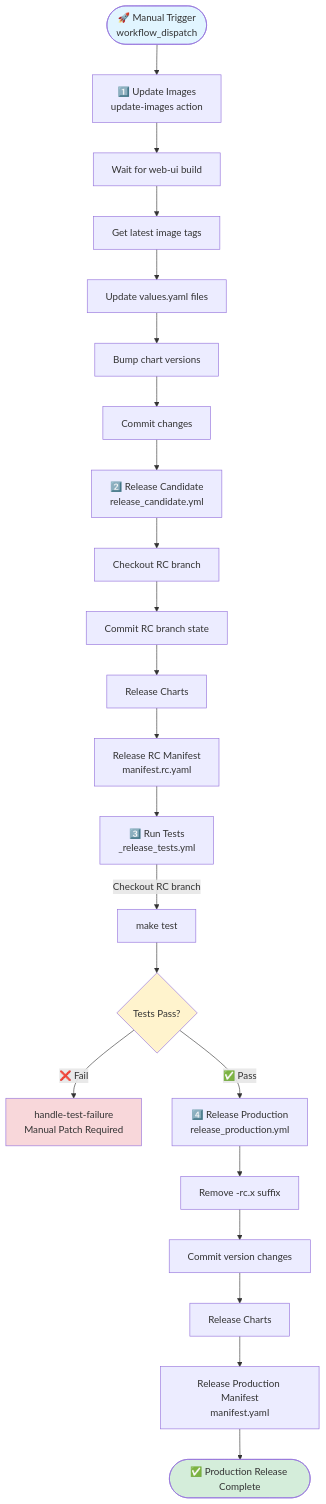
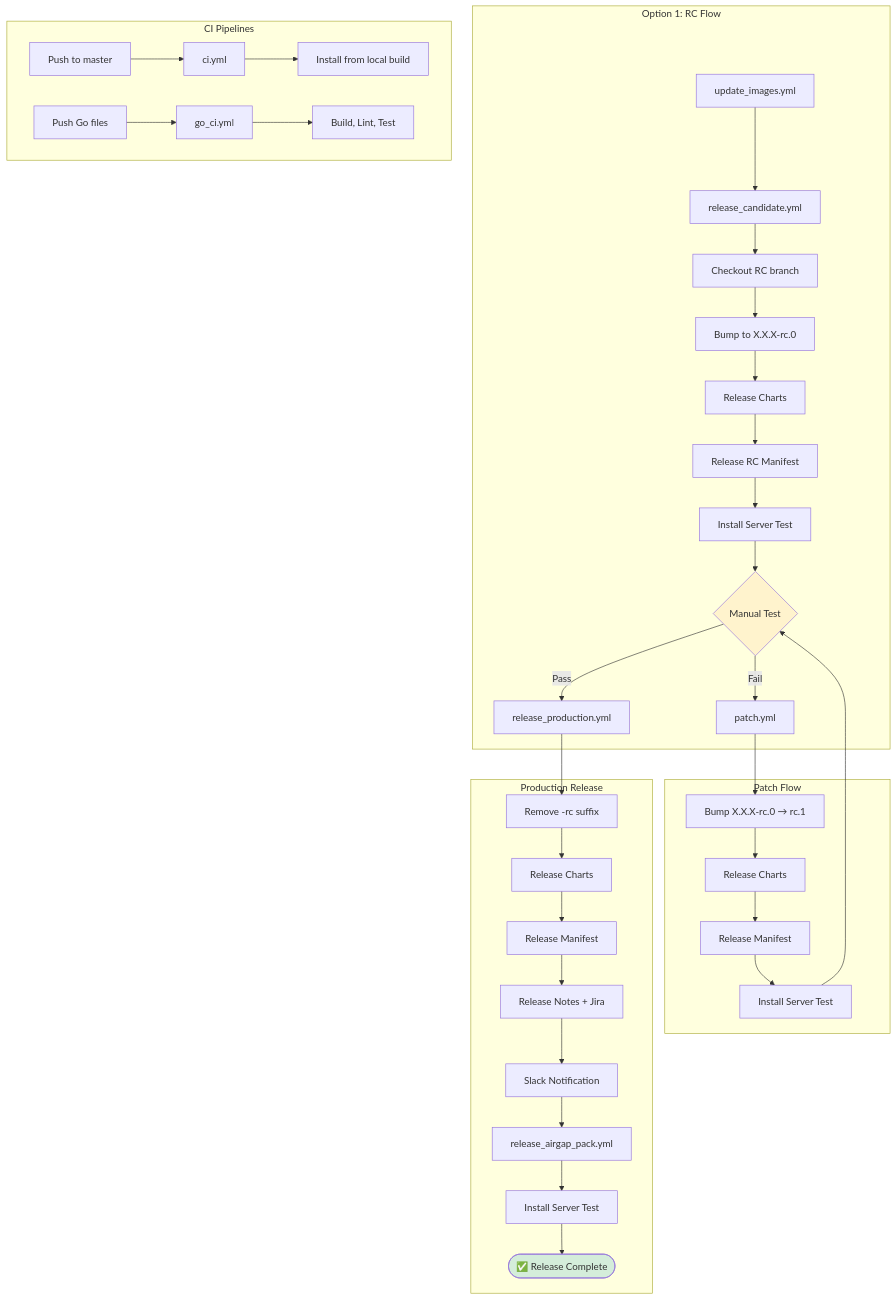
The diagram in WORKFLOW_DIAGRAM.md (tensorleap/helm-charts), drawn with Mermaid before and after one commit. The commit also changed other lines of this file, not shown here.

Commit message:
adapting workflow diagram readme

````diff
--- a/WORKFLOW_DIAGRAM.md
+++ b/WORKFLOW_DIAGRAM.md
@@ -85,34 +437,44 @@
 ```mermaid
 graph TD
-    Start([🚀 Manual Trigger<br/>workflow_dispatch]) --> Step0[1️⃣ Update Images<br/>update-images action]
-    
-    Step0 --> Step0a[Wait for web-ui build]
-    Step0a --> Step0b[Get latest image tags]
-    Step0b --> Step0c[Update values.yaml files]
-    Step0c --> Step0d[Bump chart versions]
-    Step0d --> Step0e[Commit changes]
-    
-    Step0e --> Step1[2️⃣ Release Candidate<br/>release_candidate.yml]
-    Step1 --> Step1a[Checkout RC branch]
-    Step1a --> Step1b[Commit RC branch state]
-    Step1b --> Step1c[Release Charts]
-    Step1c --> Step1d[Release RC Manifest<br/>manifest.rc.yaml]
-    
-    Step1d --> Step2[3️⃣ Run Tests<br/>_release_tests.yml]
-    Step2 --> |Checkout RC branch| Step2a[make test]
-    Step2a --> Step2b{Tests Pass?}
-    Step2b --> |❌ Fail| FailJob[handle-test-failure<br/>Manual Patch Required]
-    Step2b --> |✅ Pass| Step3
-    
-    Step3[4️⃣ Release Production<br/>release_production.yml]
-    Step3 --> Step3a[Remove -rc.x suffix]
-    Step3a --> Step3b[Commit version changes]
-    Step3b --> Step3c[Release Charts]
-    Step3c --> Step3d[Release Production Manifest<br/>manifest.yaml]
-    Step3d --> End([✅ Production Release Complete])
-    
-    style Start fill:#e1f5ff
-    style End fill:#d4edda
-    style FailJob fill:#f8d7da
-    style Step2b fill:#fff3cd
+    subgraph "Option 1: RC Flow"
+        UI[update_images.yml] --> RC[release_candidate.yml]
+        RC --> RC1[Checkout RC branch]
+        RC1 --> RC2[Bump to X.X.X-rc.0]
+        RC2 --> RC3[Release Charts]
+        RC3 --> RC4[Release RC Manifest]
+        RC4 --> RC5[Install Server Test]
+        RC5 --> Test{Manual Test}
+        Test -->|Pass| Prod
+        Test -->|Fail| Patch
+    end
+
+    subgraph "Patch Flow"
+        Patch[patch.yml] --> P1[Bump X.X.X-rc.0 → rc.1]
+        P1 --> P2[Release Charts]
+        P2 --> P3[Release Manifest]
+        P3 --> P4[Install Server Test]
+        P4 --> Test
+    end
+
+    subgraph "Production Release"
+        Prod[release_production.yml] --> Prod1[Remove -rc suffix]
+        Prod1 --> Prod2[Release Charts]
+        Prod2 --> Prod3[Release Manifest]
+        Prod3 --> Prod4[Release Notes + Jira]
+        Prod4 --> Prod5[Slack Notification]
+        Prod5 --> Airgap[release_airgap_pack.yml]
+        Airgap --> Install[Install Server Test]
+        Install --> Done([✅ Release Complete])
+    end
+
+    subgraph "CI Pipelines"
+        Push[Push to master] --> CI[ci.yml]
+        CI --> CI1[Install from local build]
+        
+        GoPush[Push Go files] --> GoCI[go_ci.yml]
+        GoCI --> GoCI1[Build, Lint, Test]
+    end
+
+    style Done fill:#d4edda
+    style Test fill:#fff3cd
 ```
````
